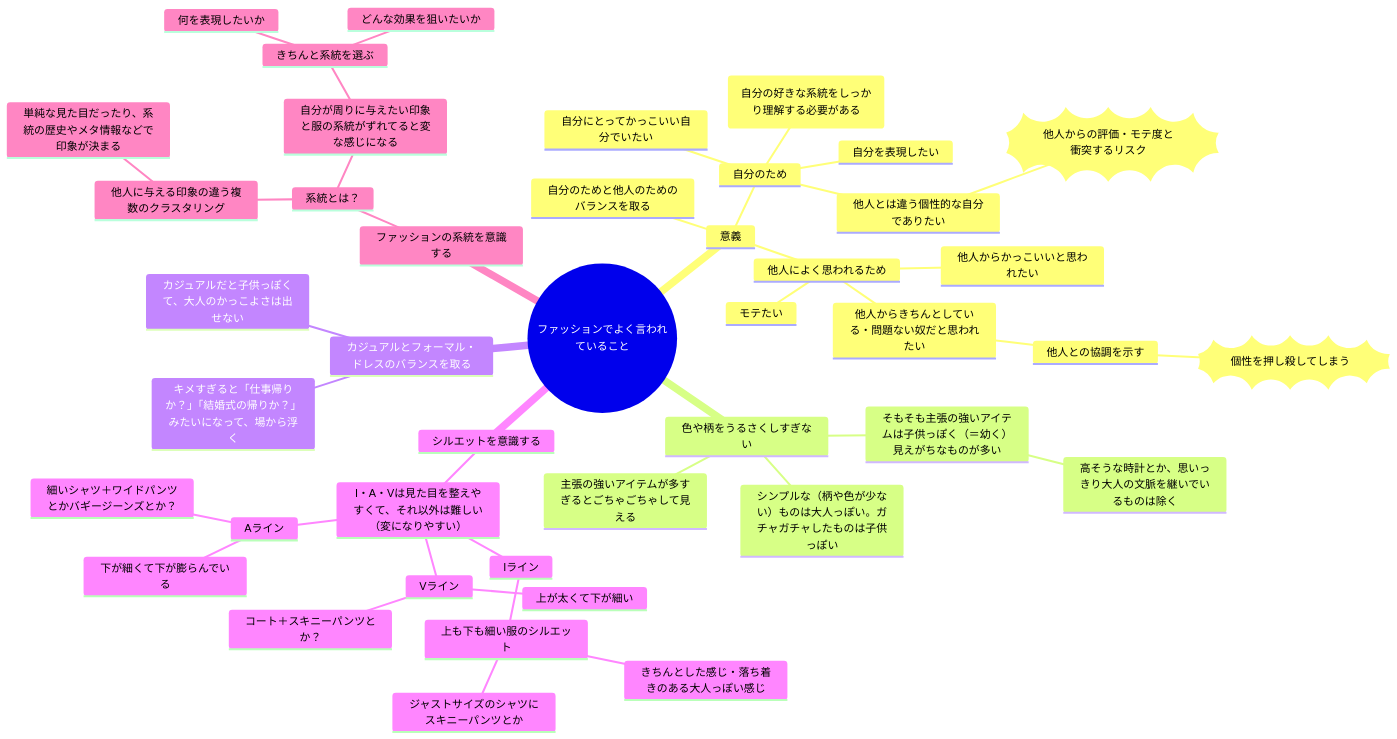
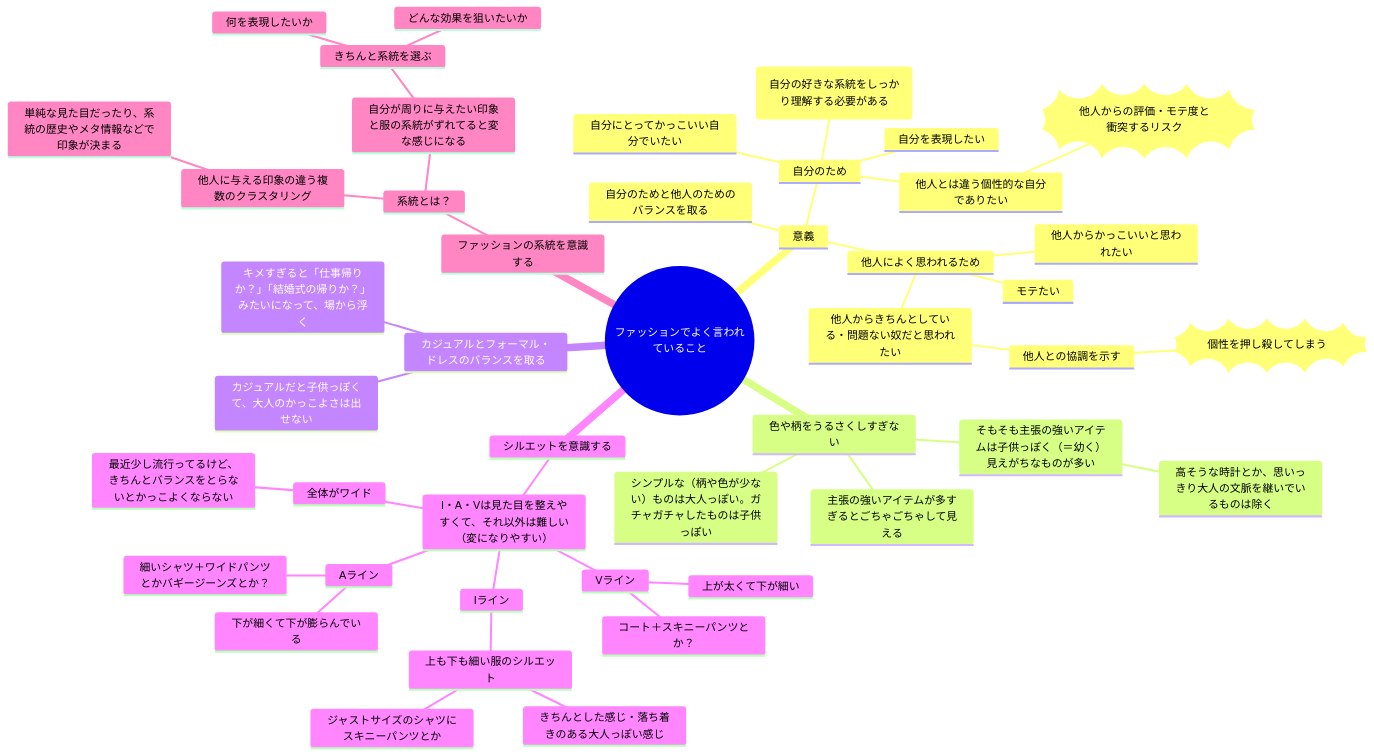
The second of 4 diagrams in README.md (yuchiki/mens_fashion_advice), drawn with Mermaid before and after one commit.

Commit message:
シルエット加筆

````diff
--- a/README.md
+++ b/README.md
@@ -45,45 +45,47 @@
 ```mermaid
     mindmap((ファッションでよく言われていること))
         意義
             自分のため
                 自分を表現したい
                 自分にとってかっこいい自分でいたい
                 他人とは違う個性的な自分でありたい
                     ))他人からの評価・モテ度と衝突するリスク((
                 (自分の好きな系統をしっかり理解する必要がある)
             他人によく思われるため
                 モテたい
                 他人からかっこいいと思われたい
                 他人からきちんとしている・問題ない奴だと思われたい
                     他人との協調を示す
                         ))個性を押し殺してしまう((
             自分のためと他人のためのバランスを取る
         色や柄をうるさくしすぎない
             主張の強いアイテムが多すぎるとごちゃごちゃして見える
             そもそも主張の強いアイテムは子供っぽく（＝幼く）見えがちなものが多い
                 高そうな時計とか、思いっきり大人の文脈を継いでいるものは除く
             シンプルな（柄や色が少ない）ものは大人っぽい。ガチャガチャしたものは子供っぽい
         カジュアルとフォーマル・ドレスのバランスを取る
             カジュアルだと子供っぽくて、大人のかっこよさは出せない
             キメすぎると「仕事帰りか？」「結婚式の帰りか？」みたいになって、場から浮く
         シルエットを意識する
             I・A・Vは見た目を整えやすくて、それ以外は難しい（変になりやすい）
                 Iライン
                     上も下も細い服のシルエット
                         きちんとした感じ・落ち着きのある大人っぽい感じ
                         ジャストサイズのシャツにスキニーパンツとか
                 Aライン
                     下が細くて下が膨らんでいる
                     細いシャツ＋ワイドパンツとかバギージーンズとか？
                 Vライン
                     上が太くて下が細い
                     コート＋スキニーパンツとか？
+                全体がワイド
+                    最近少し流行ってるけど、きちんとバランスをとらないとかっこよくならない
         ファッションの系統を意識する
             系統とは？
                 他人に与える印象の違う複数のクラスタリング
                     単純な見た目だったり、系統の歴史やメタ情報などで印象が決まる
                 自分が周りに与えたい印象と服の系統がずれてると変な感じになる
                     きちんと系統を選ぶ
                         何を表現したいか
                         どんな効果を狙いたいか
 ```
````
